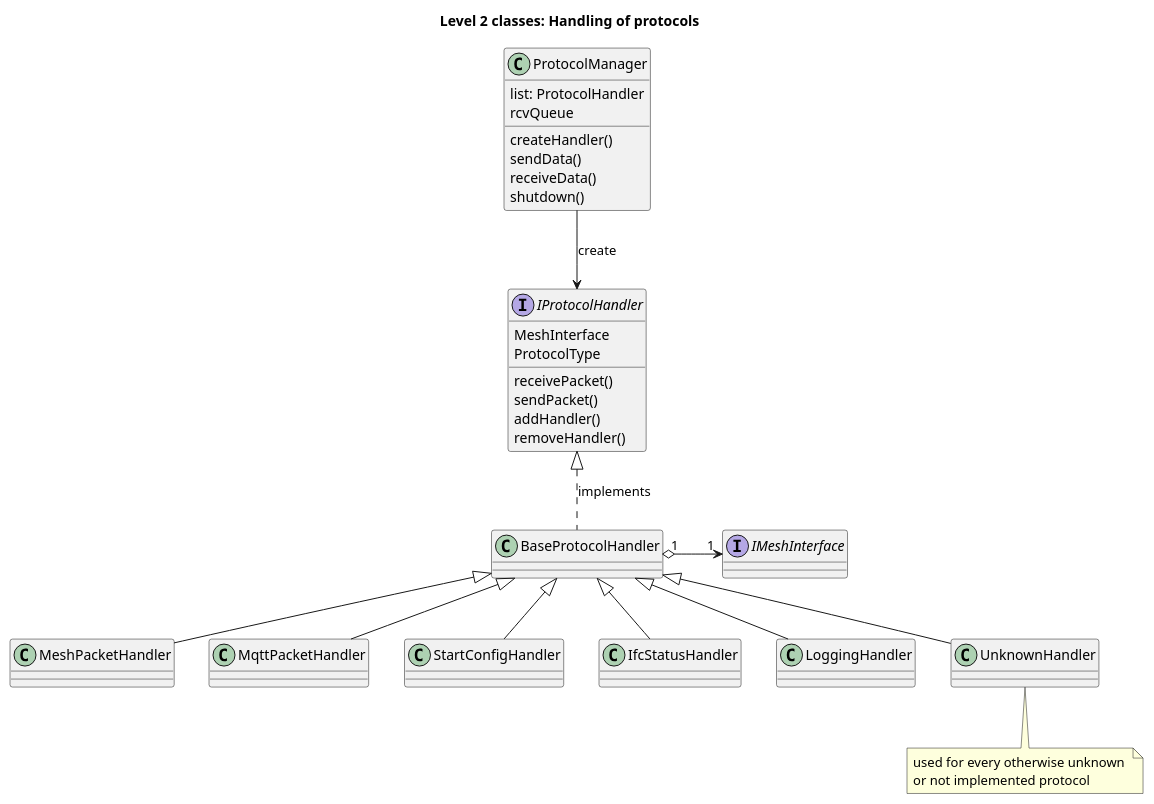
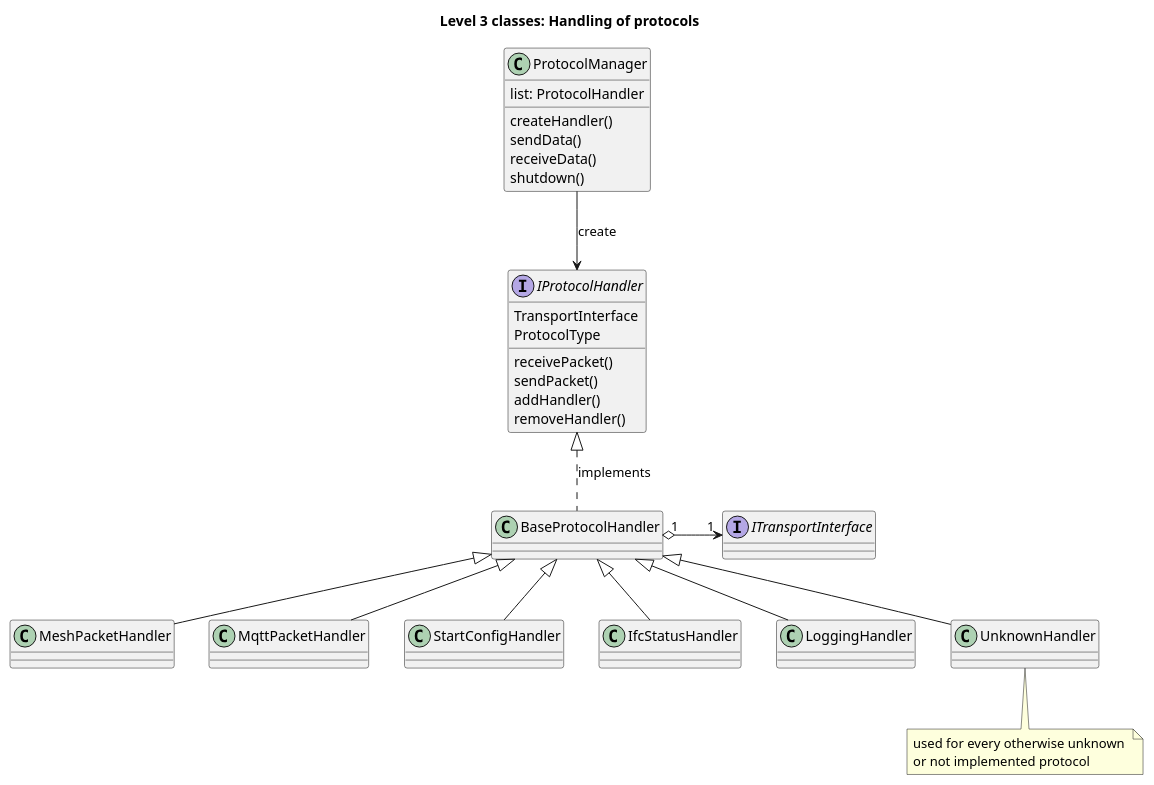
One commit to juergenRe/python changed the fifth of 9 diagrams in meshtastic/devdoc/Architecture.md. Above: the diagram before and after it, drawn with PlantUML. The commit also changed other lines of this file and 18 other files, not shown here.

````diff
--- a/meshtastic/devdoc/Architecture.md
+++ b/meshtastic/devdoc/Architecture.md
@@ -329,42 +470,41 @@
 ```plantuml
-title Level 2 classes: Handling of protocols
-interface IMeshInterface {}
+title Level 3 classes: Handling of protocols
+interface ITransportInterface {}
 
 interface IProtocolHandler {
-    MeshInterface
+    TransportInterface
     ProtocolType
     receivePacket()
     sendPacket()
     addHandler()
     removeHandler()
 }
 class BaseProtocolHandler 
 class MeshPacketHandler
 
 class ProtocolManager{
     list: ProtocolHandler
-    rcvQueue
     createHandler()
     sendData()
     receiveData()
     shutdown()
 }
 
 
 BaseProtocolHandler .up.|>IProtocolHandler: implements
 BaseProtocolHandler <|-- MeshPacketHandler
 BaseProtocolHandler <|-- MqttPacketHandler
 BaseProtocolHandler <|-- StartConfigHandler 
 BaseProtocolHandler <|-- IfcStatusHandler 
 BaseProtocolHandler <|-- LoggingHandler 
 BaseProtocolHandler <|-- UnknownHandler 
-BaseProtocolHandler "1" o-> "1" IMeshInterface: "       "
+BaseProtocolHandler "1" o-> "1" ITransportInterface: "       "
 
 ProtocolManager --> IProtocolHandler: create
 
 note bottom of UnknownHandler
     used for every otherwise unknown 
     or not implemented protocol
 end note
 
 ```
````
